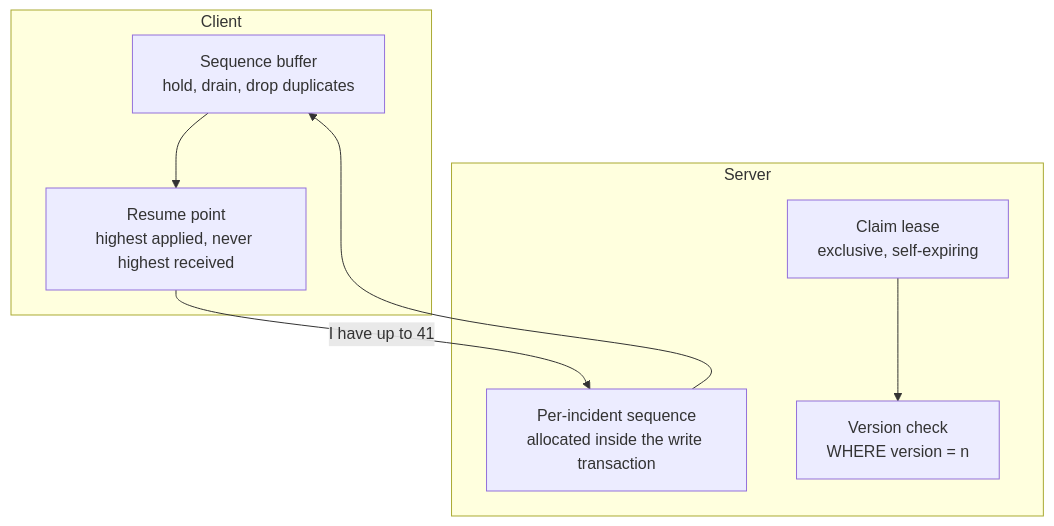
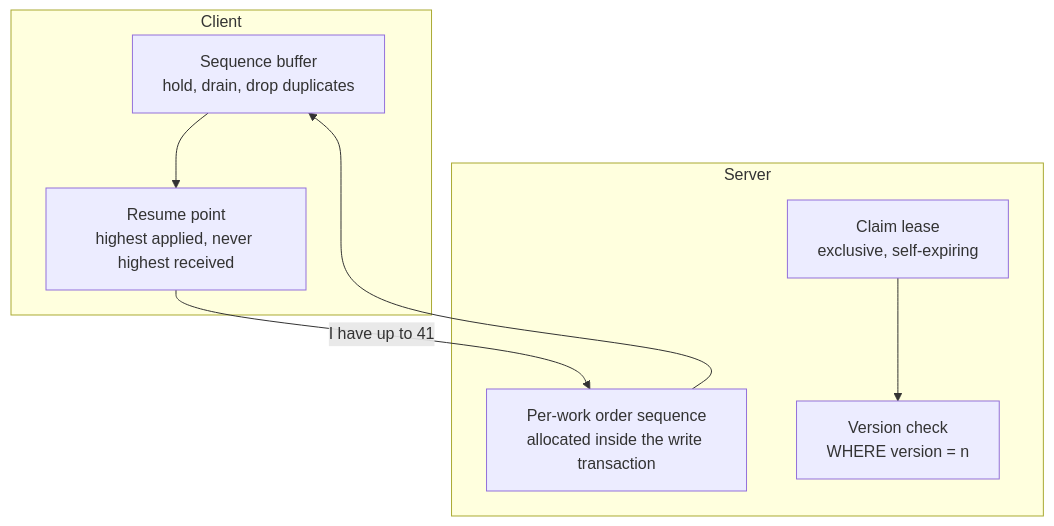
The diagram in README.md (Sam12355/engitrack-maintenance-system), drawn with Mermaid before and after one commit. The commit also changed other lines of this file and 32 other files, not shown here.

First line of the commit message:
refactor(domain): settle on maintenance work-order vocabulary

````diff
--- a/README.md
+++ b/README.md
@@ -36,16 +49,16 @@
 ```mermaid
 flowchart TB
     subgraph client["Client"]
         BUF["Sequence buffer<br/>hold, drain, drop duplicates"]
         RESUME["Resume point<br/>highest applied, never highest received"]
     end
     subgraph server["Server"]
-        SEQ["Per-incident sequence<br/>allocated inside the write transaction"]
+        SEQ["Per-work order sequence<br/>allocated inside the write transaction"]
         LEASE["Claim lease<br/>exclusive, self-expiring"]
         VER["Version check<br/>WHERE version = n"]
     end
     SEQ --> BUF
     BUF --> RESUME
     RESUME -->|"I have up to 41"| SEQ
     LEASE --> VER
 ```
````
